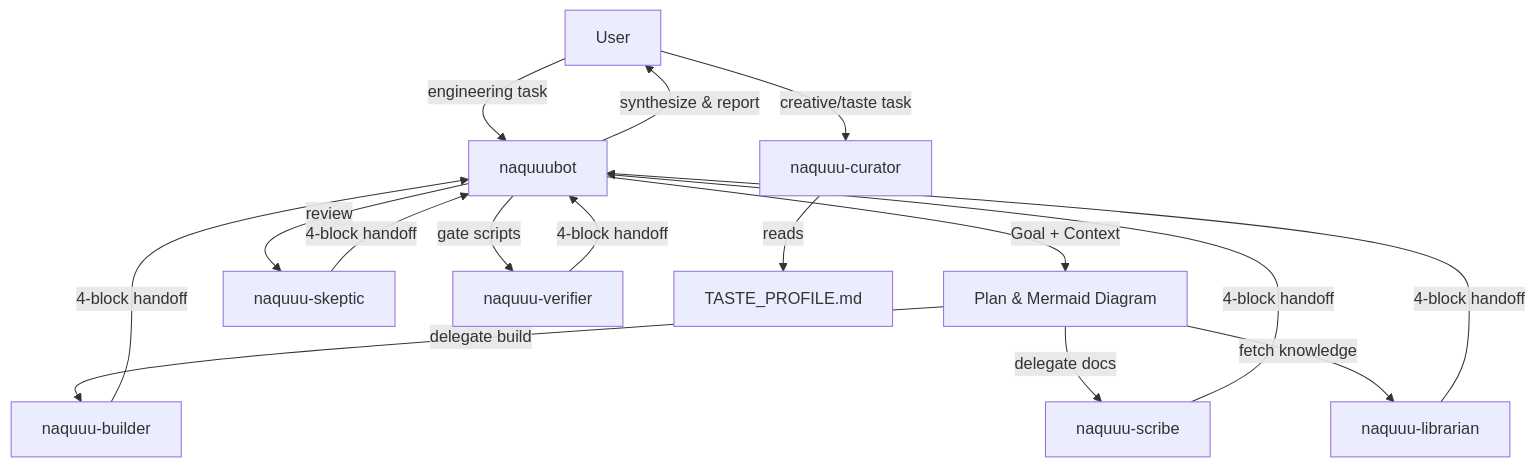
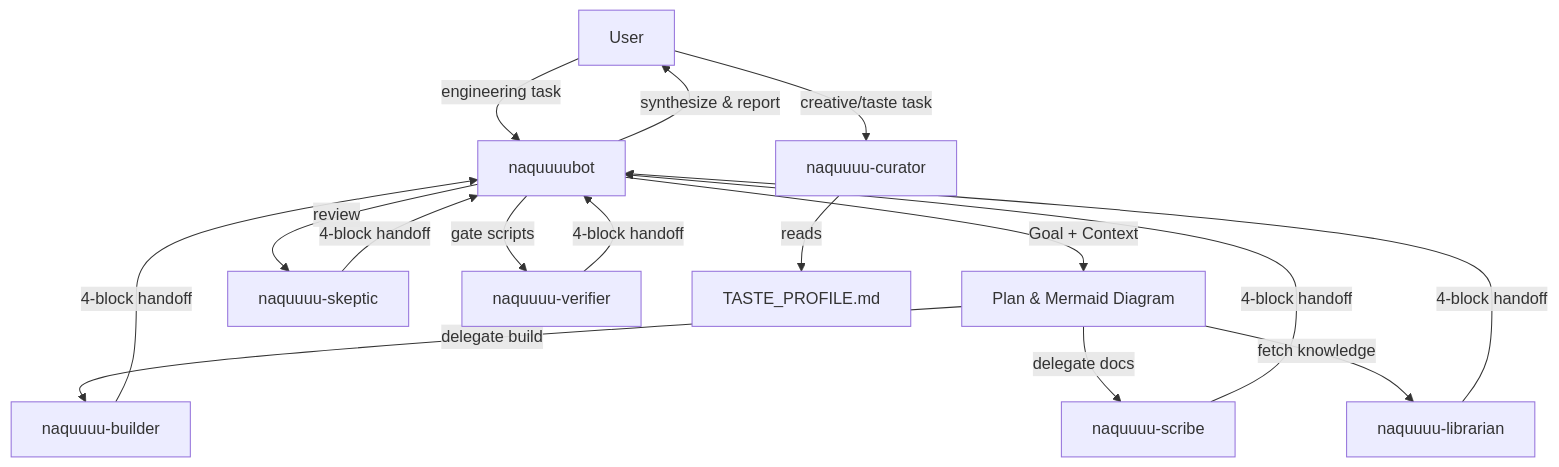
Before and after one commit to naquuuu/naquuuu-personal-works: the diagram in internal-docs/specs/2026-09-22-agent-subagent-architecture.md, drawn with Mermaid. The commit also changed other lines of this file and 18 other files, not shown here.

First line of the commit message:
refactor: agent IDs -> naquuuu (4u) + curator context update (ADR-022, ADR-023)

````diff
--- a/internal-docs/specs/2026-09-22-agent-subagent-architecture.md
+++ b/internal-docs/specs/2026-09-22-agent-subagent-architecture.md
@@ -210,18 +210,18 @@
 ```mermaid
 graph TD
-    U["User"] -->|engineering task| NB["naquuubot"]
-    U -->|creative/taste task| NC["naquuu-curator"]
+    U["User"] -->|engineering task| NB["naquuuubot"]
+    U -->|creative/taste task| NC["naquuuu-curator"]
     NB -->|"Goal + Context"| NB_PLAN["Plan & Mermaid Diagram"]
-    NB_PLAN -->|delegate build| BUILDER["naquuu-builder"]
-    NB_PLAN -->|delegate docs| SCRIBE["naquuu-scribe"]
-    NB_PLAN -->|fetch knowledge| LIB["naquuu-librarian"]
+    NB_PLAN -->|delegate build| BUILDER["naquuuu-builder"]
+    NB_PLAN -->|delegate docs| SCRIBE["naquuuu-scribe"]
+    NB_PLAN -->|fetch knowledge| LIB["naquuuu-librarian"]
     BUILDER -->|"4-block handoff"| NB
     SCRIBE -->|"4-block handoff"| NB
     LIB -->|"4-block handoff"| NB
-    NB -->|review| SKEPTIC["naquuu-skeptic"]
-    NB -->|gate scripts| VERIFIER["naquuu-verifier"]
+    NB -->|review| SKEPTIC["naquuuu-skeptic"]
+    NB -->|gate scripts| VERIFIER["naquuuu-verifier"]
     SKEPTIC -->|"4-block handoff"| NB
     VERIFIER -->|"4-block handoff"| NB
     NB -->|synthesize & report| U
     NC -->|reads| TP["TASTE_PROFILE.md"]
 ```
````
